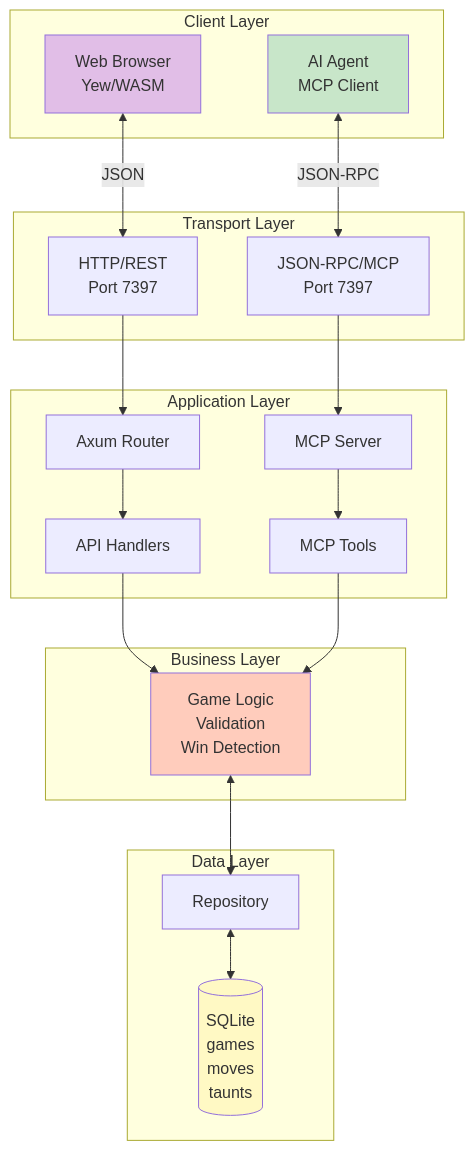
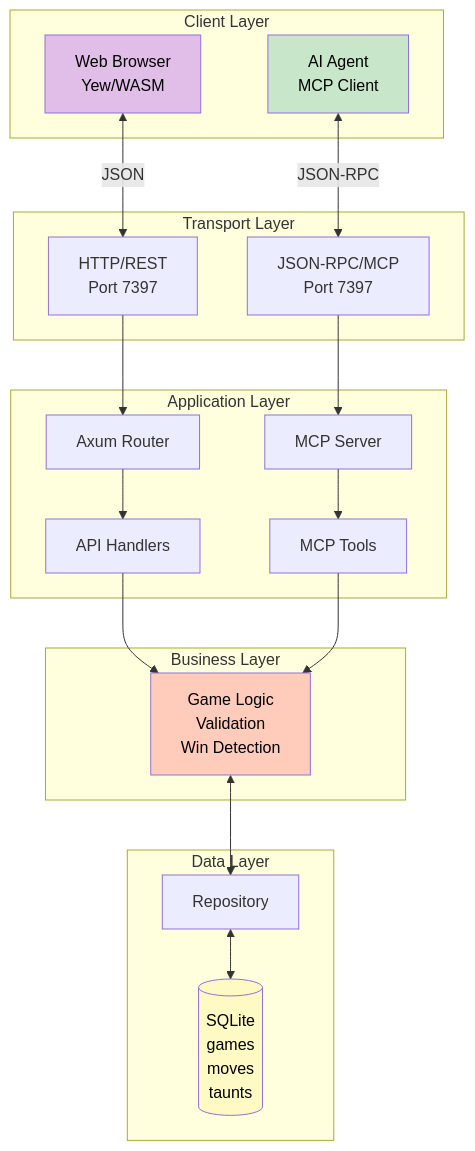
The first of 16 diagrams in wiki/Data-Flow.md (sw-game-dev/game-mcp-poc), drawn with Mermaid before and after one commit. The commit also changed other lines of this file and 4 other files, not shown here.

First line of the commit message:
fix: Improve mermaid diagram text contrast

````diff
--- a/wiki/Data-Flow.md
+++ b/wiki/Data-Flow.md
@@ -16,44 +16,44 @@
 ```mermaid
 graph TB
     subgraph "Client Layer"
         Browser[Web Browser<br/>Yew/WASM]
         Agent[AI Agent<br/>MCP Client]
     end
 
     subgraph "Transport Layer"
         REST[HTTP/REST<br/>Port 7397]
         MCP[JSON-RPC/MCP<br/>Port 7397]
     end
 
     subgraph "Application Layer"
         Router[Axum Router]
         MCPServer[MCP Server]
         Handlers[API Handlers]
         Tools[MCP Tools]
     end
 
     subgraph "Business Layer"
         Logic[Game Logic<br/>Validation<br/>Win Detection]
     end
 
     subgraph "Data Layer"
         Repo[Repository]
         DB[(SQLite<br/>games<br/>moves<br/>taunts)]
     end
 
     Browser <-->|JSON| REST
     Agent <-->|JSON-RPC| MCP
     REST --> Router
     MCP --> MCPServer
     Router --> Handlers
     MCPServer --> Tools
     Handlers --> Logic
     Tools --> Logic
     Logic <--> Repo
     Repo <--> DB
 
-    style Browser fill:#e1bee7
-    style Agent fill:#c8e6c9
-    style Logic fill:#ffccbc
-    style DB fill:#fff9c4
+    style Browser fill:#e1bee7,color:#000
+    style Agent fill:#c8e6c9,color:#000
+    style Logic fill:#ffccbc,color:#000
+    style DB fill:#fff9c4,color:#000
 ```
````
